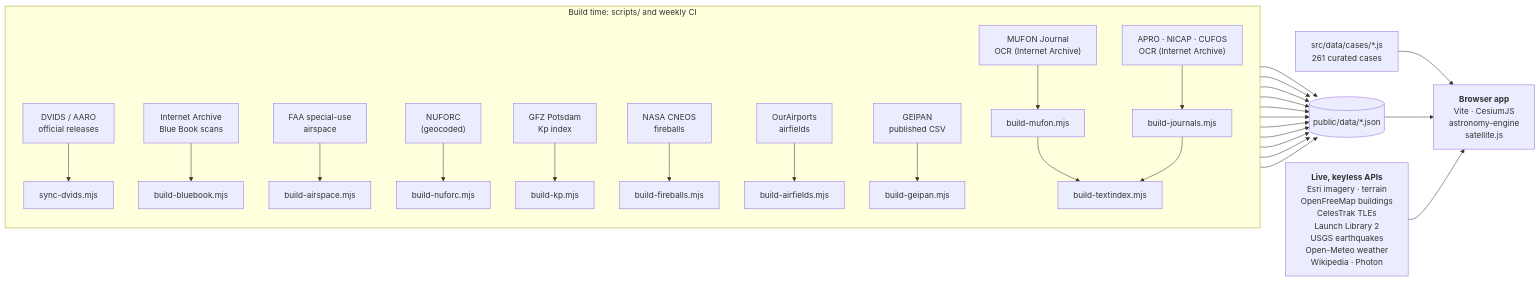
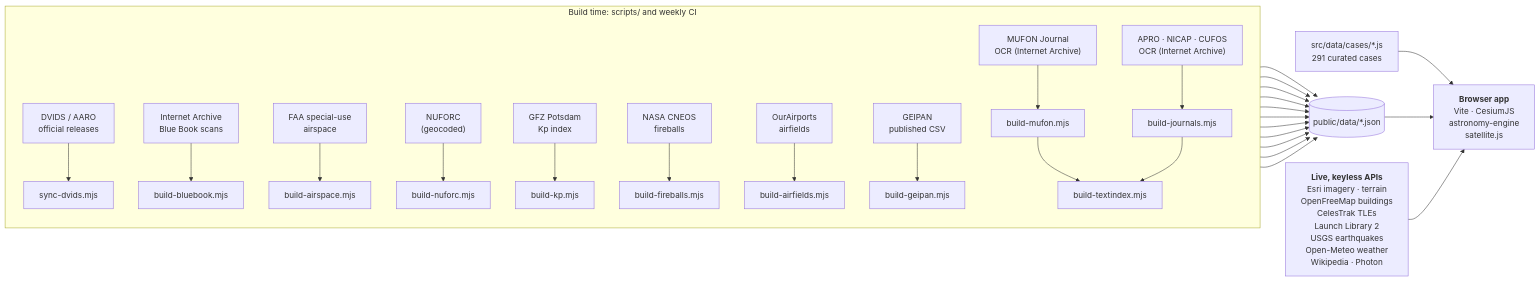
The diagram in README.md (domw99/Gods-Eye-UAPs), drawn with Mermaid before and after one commit. The commit also changed other lines of this file and 5 other files, not shown here.

````diff
--- a/README.md
+++ b/README.md
@@ -391,21 +391,21 @@
 ```mermaid
 flowchart LR
   subgraph build["Build time: scripts/ and weekly CI"]
     direction TB
     DVIDS["DVIDS / AARO<br/>official releases"] --> S1["sync-dvids.mjs"]
     IA["Internet Archive<br/>Blue Book scans"] --> S2["build-bluebook.mjs"]
     FAA["FAA special-use<br/>airspace"] --> S3["build-airspace.mjs"]
     NUF["NUFORC<br/>(geocoded)"] --> S4["build-nuforc.mjs"]
     KP["GFZ Potsdam<br/>Kp index"] --> S8["build-kp.mjs"]
     FB["NASA CNEOS<br/>fireballs"] --> S10["build-fireballs.mjs"]
     OA["OurAirports<br/>airfields"] --> S9["build-airfields.mjs"]
     MUF["MUFON Journal<br/>OCR (Internet Archive)"] --> S5["build-mufon.mjs"]
     GEI["GEIPAN<br/>published CSV"] --> S6["build-geipan.mjs"]
     ARC["APRO · NICAP · CUFOS<br/>OCR (Internet Archive)"] --> S7["build-journals.mjs"]
     S5 & S7 --> S11["build-textindex.mjs"]
   end
   S1 & S2 & S3 & S4 & S5 & S6 & S7 & S8 & S9 & S10 & S11 --> DATA[("public/data/*.json")]
-  CASES["src/data/cases/*.js<br/>261 curated cases"] --> APP
+  CASES["src/data/cases/*.js<br/>291 curated cases"] --> APP
   DATA --> APP["<b>Browser app</b><br/>Vite · CesiumJS<br/>astronomy-engine<br/>satellite.js"]
   LIVE["<b>Live, keyless APIs</b><br/>Esri imagery · terrain<br/>OpenFreeMap buildings<br/>CelesTrak TLEs<br/>Launch Library 2<br/>USGS earthquakes<br/>Open-Meteo weather<br/>Wikipedia · Photon"] --> APP
 ```
````
